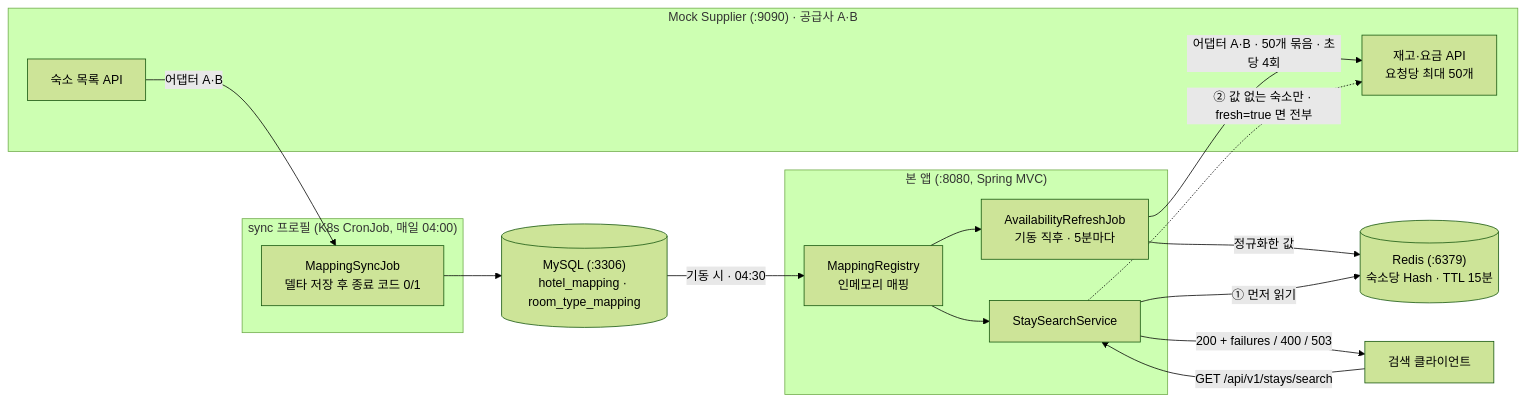
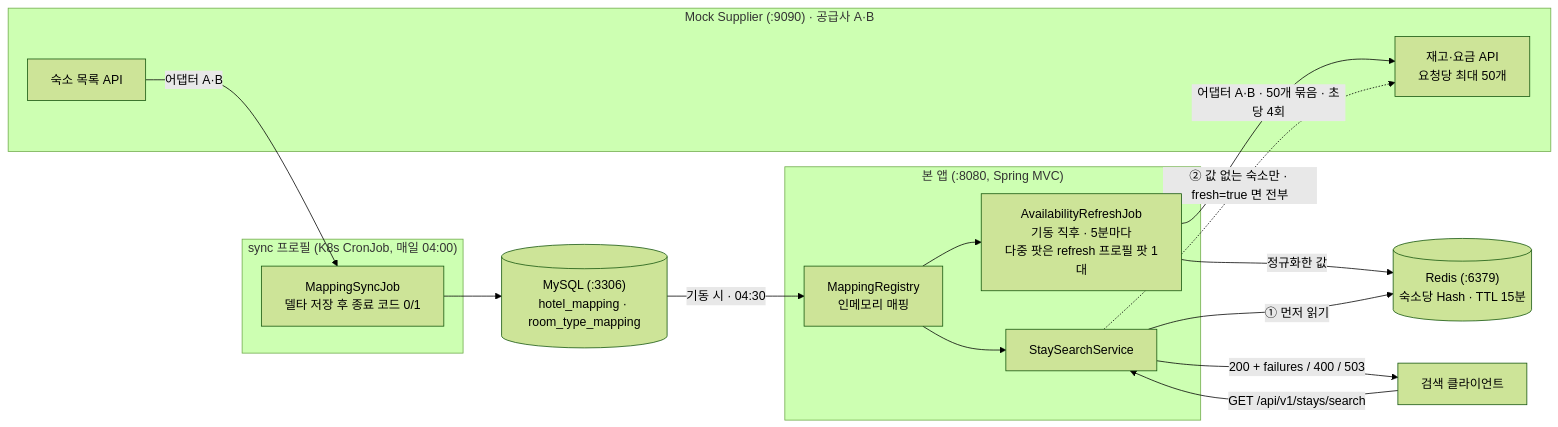
One commit to mjkang4416/stay-supplier-integration changed the diagram in docs/architecture.md. Above: the diagram before and after it, drawn with Mermaid (forest theme). The commit also changed other lines of this file and 6 other files, not shown here.

First line of the commit message:
feat: 다중 팟에서 요금·재고 갱신 잡을 전용 팟 1대가 맡는 refresh 프로필 추가

````diff
--- a/docs/architecture.md
+++ b/docs/architecture.md
@@ -7,29 +7,29 @@
 ```mermaid
 flowchart LR
     subgraph supplier["Mock Supplier (:9090) · 공급사 A·B"]
         LIST["숙소 목록 API"]
         AVAIL["재고·요금 API<br/>요청당 최대 50개"]
     end
     subgraph cron["sync 프로필 (K8s CronJob, 매일 04:00)"]
         SYNC["MappingSyncJob<br/>델타 저장 후 종료 코드 0/1"]
     end
     subgraph app["본 앱 (:8080, Spring MVC)"]
         REG["MappingRegistry<br/>인메모리 매핑"]
-        REFRESH["AvailabilityRefreshJob<br/>기동 직후 · 5분마다"]
+        REFRESH["AvailabilityRefreshJob<br/>기동 직후 · 5분마다<br/>다중 팟은 refresh 프로필 팟 1대"]
         SEARCH["StaySearchService"]
     end
     DB[("MySQL (:3306)<br/>hotel_mapping · room_type_mapping")]
     REDIS[("Redis (:6379)<br/>숙소당 Hash · TTL 15분")]
     CLIENT["검색 클라이언트"]
 
     LIST -->|"어댑터 A·B"| SYNC --> DB
     DB -->|"기동 시 · 04:30"| REG
     REG --> REFRESH
     REG --> SEARCH
     REFRESH -->|"어댑터 A·B · 50개 묶음 · 초당 4회"| AVAIL
     REFRESH -->|"정규화한 값"| REDIS
     CLIENT -->|"GET /api/v1/stays/search"| SEARCH
     SEARCH -->|"① 먼저 읽기"| REDIS
     SEARCH -.->|"② 값 없는 숙소만 · fresh=true 면 전부"| AVAIL
     SEARCH -->|"200 + failures / 400 / 503"| CLIENT
 ```
````
